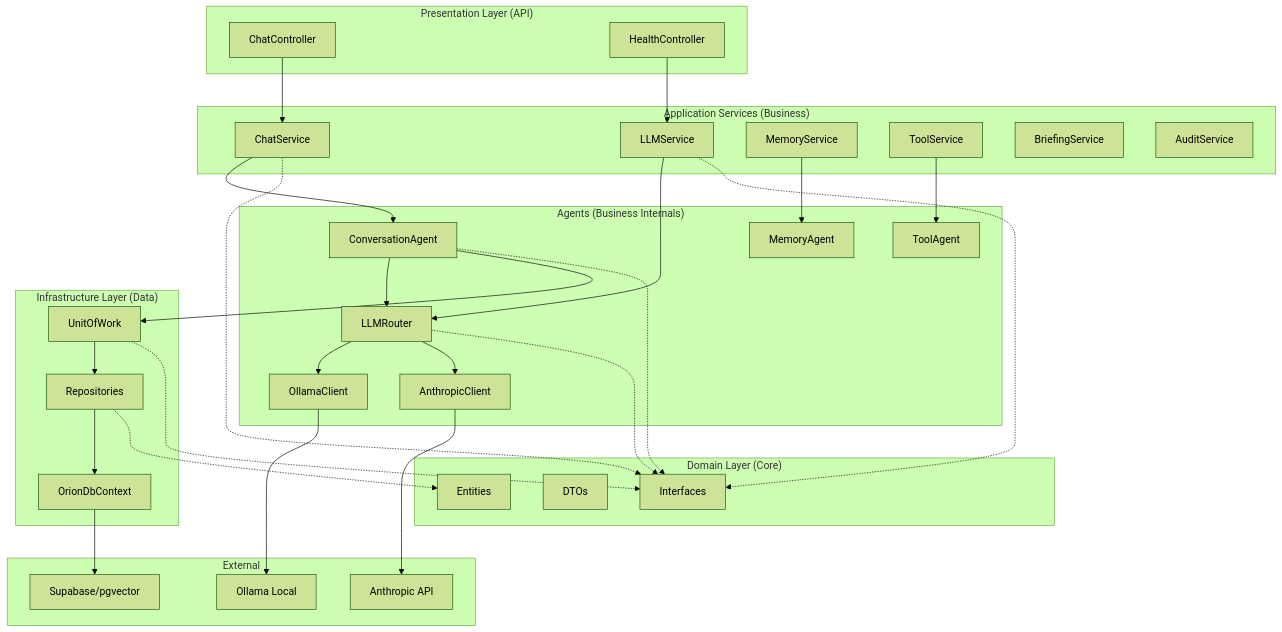
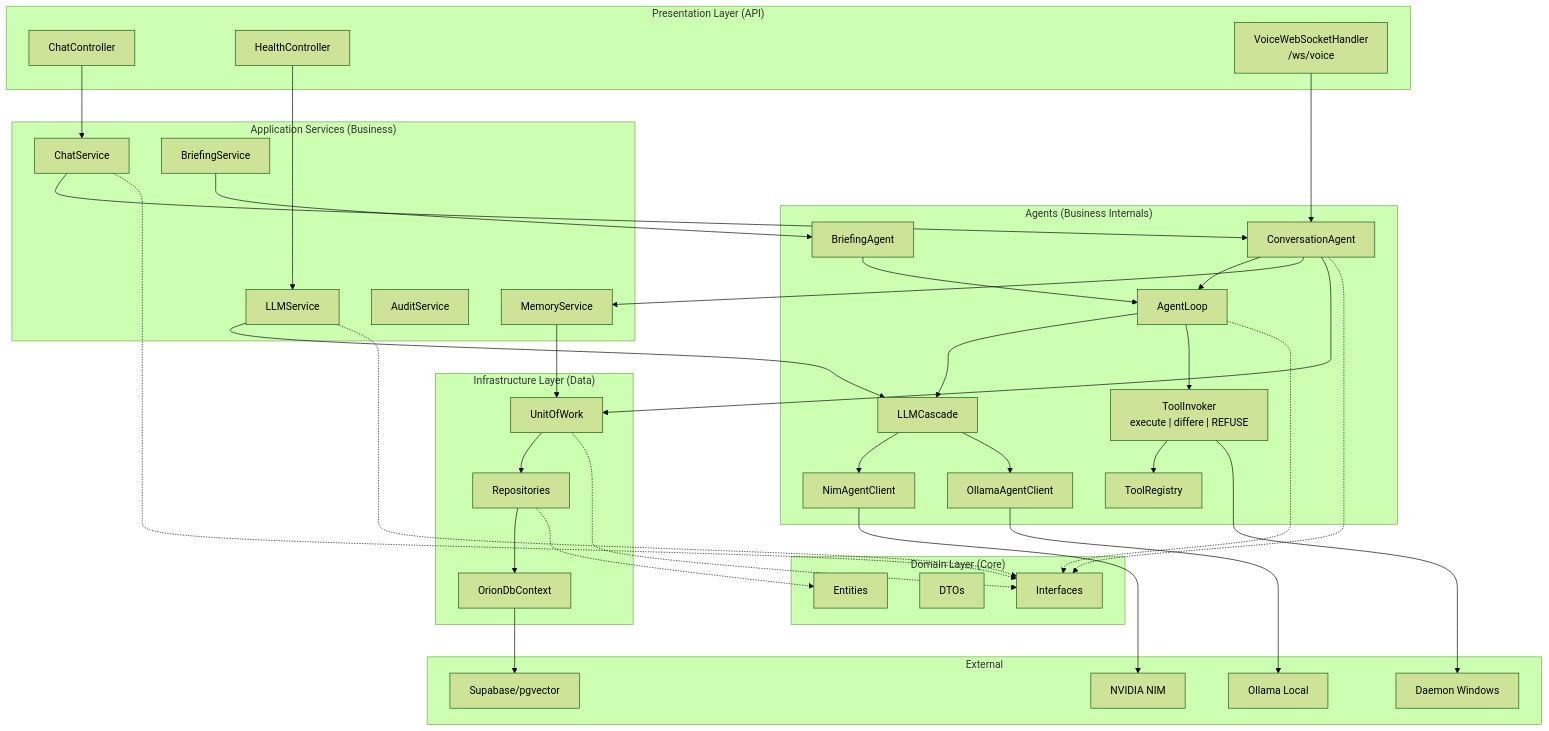
The second of 2 diagrams in docs/architecture/03-flow-architecture.md (HexaNexus28/Orion), drawn with Mermaid (forest theme) before and after one commit. The commit also changed other lines of this file and 17 other files, not shown here.

````diff
--- a/docs/architecture/03-flow-architecture.md
+++ b/docs/architecture/03-flow-architecture.md
@@ -49,66 +60,76 @@
 ```mermaid
 flowchart TB
     subgraph "Presentation Layer (API)"
         C[ChatController]
         H[HealthController]
+        V["VoiceWebSocketHandler<br/>/ws/voice"]
     end
-    
+
     subgraph "Application Services (Business)"
         CS[ChatService]
         LS[LLMService]
         MS[MemoryService]
-        TS[ToolService]
         BS[BriefingService]
         AS[AuditService]
     end
-    
+
     subgraph "Agents (Business Internals)"
         CA[ConversationAgent]
-        MA[MemoryAgent]
-        TA[ToolAgent]
-        LR[LLMRouter]
-        OC[OllamaClient]
-        AC[AnthropicClient]
+        BA[BriefingAgent]
+        AL[AgentLoop]
+        TI["ToolInvoker<br/>execute | differe | REFUSE"]
+        TR[ToolRegistry]
+        LC[LLMCascade]
+        NIM[NimAgentClient]
+        OAC[OllamaAgentClient]
     end
-    
+
     subgraph "Domain Layer (Core)"
         E[Entities]
         D[DTOs]
         I[Interfaces]
     end
-    
+
     subgraph "Infrastructure Layer (Data)"
         UoW[UnitOfWork]
         R[Repositories]
         DB[OrionDbContext]
     end
-    
+
     subgraph "External"
+        NV[NVIDIA NIM]
         OLL[Ollama Local]
-        ANT[Anthropic API]
         SUP[Supabase/pgvector]
+        DAE[Daemon Windows]
     end
-    
+
     C --> CS
+    V --> CA
     H --> LS
     CS --> CA
-    LS --> LR
-    MS --> MA
-    TS --> TA
-    CA --> LR
+    LS --> LC
+    MS --> UoW
+    BS --> BA
+    CA --> AL
+    BA --> AL
+    CA --> MS
     CA --> UoW
-    LR --> OC
-    LR --> AC
-    OC --> OLL
-    AC --> ANT
+    AL --> LC
+    AL --> TI
+    TI --> TR
+    TI --> DAE
+    LC --> NIM
+    LC --> OAC
+    NIM --> NV
+    OAC --> OLL
     UoW --> R
     R --> DB
     DB --> SUP
-    
+
     CS -.-> I
     LS -.-> I
     CA -.-> I
-    LR -.-> I
+    AL -.-> I
     UoW -.-> I
     R -.-> E
 ```
````
